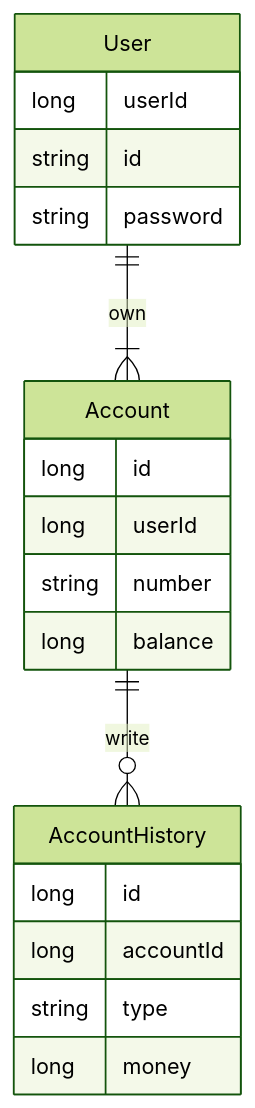
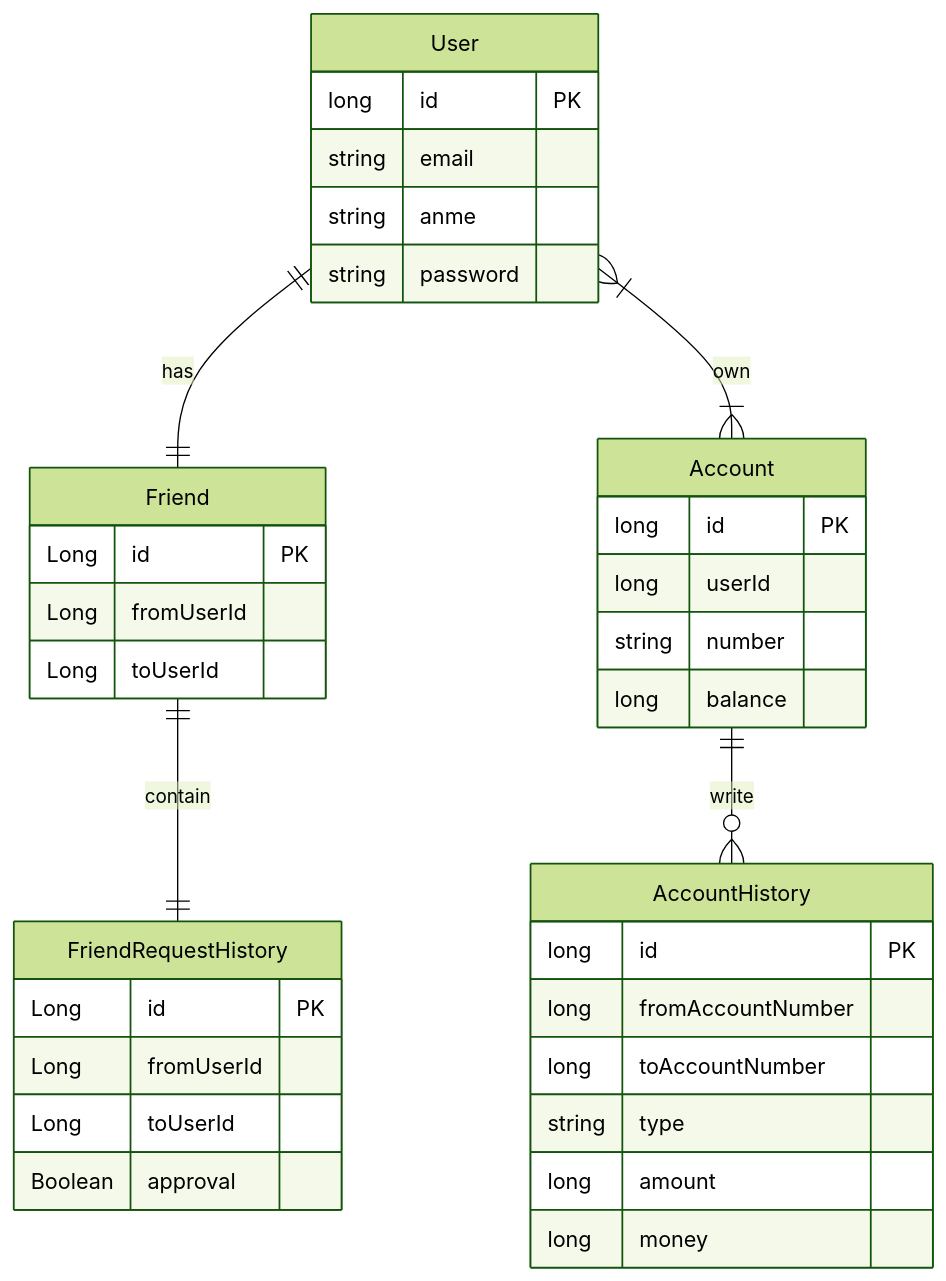
The first of 2 diagrams in README.md (this-is-spear/hello-banking-api), drawn with Mermaid (forest theme) before and after one commit.

````diff
--- a/README.md
+++ b/README.md
@@ -20,23 +20,41 @@
 ```mermaid
 erDiagram
 	User {
-		long userId
-		string id
+		long id PK
+		string email
+		string anme
 		string password
 	}
 	Account{
-		long id
+		long id PK
 		long userId
 		string number
 		long balance
 	}
 	AccountHistory {
-		long id
-		long accountId
+		long id PK
+		long fromAccountNumber
+		long toAccountNumber
 		string type
+		long amount	
 		long money	
 	}
-
-	User ||--|{ Account : own	
+	
+	Friend{
+		Long id PK
+		Long fromUserId
+		Long toUserId
+	}
+	
+	FriendRequestHistory {
+		Long id PK
+		Long fromUserId
+		Long toUserId
+		Boolean approval
+	}
+	
+	User ||--|| Friend : has
+	Friend ||--|| FriendRequestHistory : contain
+	User }|--|{ Account : own	
 	Account ||--o{ AccountHistory : write
 ```
````
